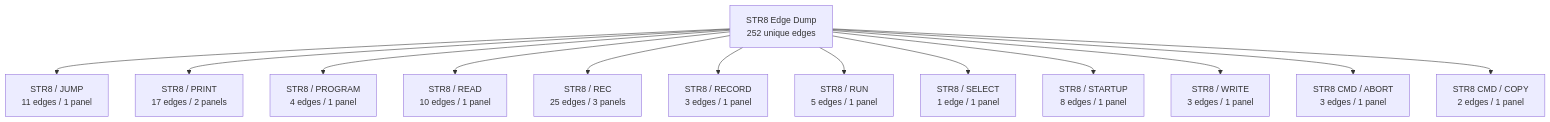
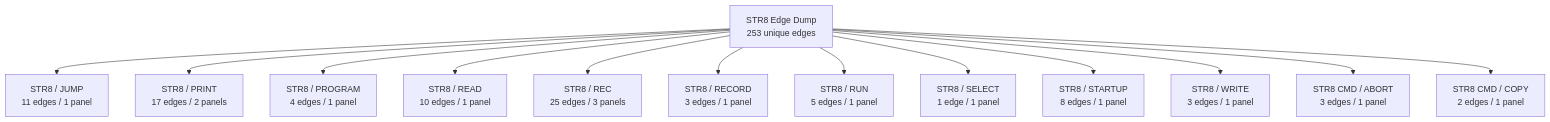
Before and after one commit to 95westus/R-YORS: the second of 43 diagrams in DOC/GUIDES/STR8/STR8_EDGE_DUMP.md, drawn with Mermaid. The commit also changed other lines of this file and 32 other files, not shown here.

````diff
--- a/DOC/GUIDES/STR8/STR8_EDGE_DUMP.md
+++ b/DOC/GUIDES/STR8/STR8_EDGE_DUMP.md
@@ -44,15 +44,15 @@
 ```mermaid
 flowchart TD
-    EDGE_ATLAS_ROOT_1["STR8 Edge Dump<br/>252 unique edges"] --> EDGE_FAMILY_1_0["STR8 / JUMP<br/>11 edges / 1 panel"]
-    EDGE_ATLAS_ROOT_1["STR8 Edge Dump<br/>252 unique edges"] --> EDGE_FAMILY_1_1["STR8 / PRINT<br/>17 edges / 2 panels"]
-    EDGE_ATLAS_ROOT_1["STR8 Edge Dump<br/>252 unique edges"] --> EDGE_FAMILY_1_2["STR8 / PROGRAM<br/>4 edges / 1 panel"]
-    EDGE_ATLAS_ROOT_1["STR8 Edge Dump<br/>252 unique edges"] --> EDGE_FAMILY_1_3["STR8 / READ<br/>10 edges / 1 panel"]
-    EDGE_ATLAS_ROOT_1["STR8 Edge Dump<br/>252 unique edges"] --> EDGE_FAMILY_1_4["STR8 / REC<br/>25 edges / 3 panels"]
-    EDGE_ATLAS_ROOT_1["STR8 Edge Dump<br/>252 unique edges"] --> EDGE_FAMILY_1_5["STR8 / RECORD<br/>3 edges / 1 panel"]
-    EDGE_ATLAS_ROOT_1["STR8 Edge Dump<br/>252 unique edges"] --> EDGE_FAMILY_1_6["STR8 / RUN<br/>5 edges / 1 panel"]
-    EDGE_ATLAS_ROOT_1["STR8 Edge Dump<br/>252 unique edges"] --> EDGE_FAMILY_1_7["STR8 / SELECT<br/>1 edge / 1 panel"]
-    EDGE_ATLAS_ROOT_1["STR8 Edge Dump<br/>252 unique edges"] --> EDGE_FAMILY_1_8["STR8 / STARTUP<br/>8 edges / 1 panel"]
-    EDGE_ATLAS_ROOT_1["STR8 Edge Dump<br/>252 unique edges"] --> EDGE_FAMILY_1_9["STR8 / WRITE<br/>3 edges / 1 panel"]
-    EDGE_ATLAS_ROOT_1["STR8 Edge Dump<br/>252 unique edges"] --> EDGE_FAMILY_1_10["STR8 CMD / ABORT<br/>3 edges / 1 panel"]
-    EDGE_ATLAS_ROOT_1["STR8 Edge Dump<br/>252 unique edges"] --> EDGE_FAMILY_1_11["STR8 CMD / COPY<br/>2 edges / 1 panel"]
+    EDGE_ATLAS_ROOT_1["STR8 Edge Dump<br/>253 unique edges"] --> EDGE_FAMILY_1_0["STR8 / JUMP<br/>11 edges / 1 panel"]
+    EDGE_ATLAS_ROOT_1["STR8 Edge Dump<br/>253 unique edges"] --> EDGE_FAMILY_1_1["STR8 / PRINT<br/>17 edges / 2 panels"]
+    EDGE_ATLAS_ROOT_1["STR8 Edge Dump<br/>253 unique edges"] --> EDGE_FAMILY_1_2["STR8 / PROGRAM<br/>4 edges / 1 panel"]
+    EDGE_ATLAS_ROOT_1["STR8 Edge Dump<br/>253 unique edges"] --> EDGE_FAMILY_1_3["STR8 / READ<br/>10 edges / 1 panel"]
+    EDGE_ATLAS_ROOT_1["STR8 Edge Dump<br/>253 unique edges"] --> EDGE_FAMILY_1_4["STR8 / REC<br/>25 edges / 3 panels"]
+    EDGE_ATLAS_ROOT_1["STR8 Edge Dump<br/>253 unique edges"] --> EDGE_FAMILY_1_5["STR8 / RECORD<br/>3 edges / 1 panel"]
+    EDGE_ATLAS_ROOT_1["STR8 Edge Dump<br/>253 unique edges"] --> EDGE_FAMILY_1_6["STR8 / RUN<br/>5 edges / 1 panel"]
+    EDGE_ATLAS_ROOT_1["STR8 Edge Dump<br/>253 unique edges"] --> EDGE_FAMILY_1_7["STR8 / SELECT<br/>1 edge / 1 panel"]
+    EDGE_ATLAS_ROOT_1["STR8 Edge Dump<br/>253 unique edges"] --> EDGE_FAMILY_1_8["STR8 / STARTUP<br/>8 edges / 1 panel"]
+    EDGE_ATLAS_ROOT_1["STR8 Edge Dump<br/>253 unique edges"] --> EDGE_FAMILY_1_9["STR8 / WRITE<br/>3 edges / 1 panel"]
+    EDGE_ATLAS_ROOT_1["STR8 Edge Dump<br/>253 unique edges"] --> EDGE_FAMILY_1_10["STR8 CMD / ABORT<br/>3 edges / 1 panel"]
+    EDGE_ATLAS_ROOT_1["STR8 Edge Dump<br/>253 unique edges"] --> EDGE_FAMILY_1_11["STR8 CMD / COPY<br/>2 edges / 1 panel"]
 ```
````
